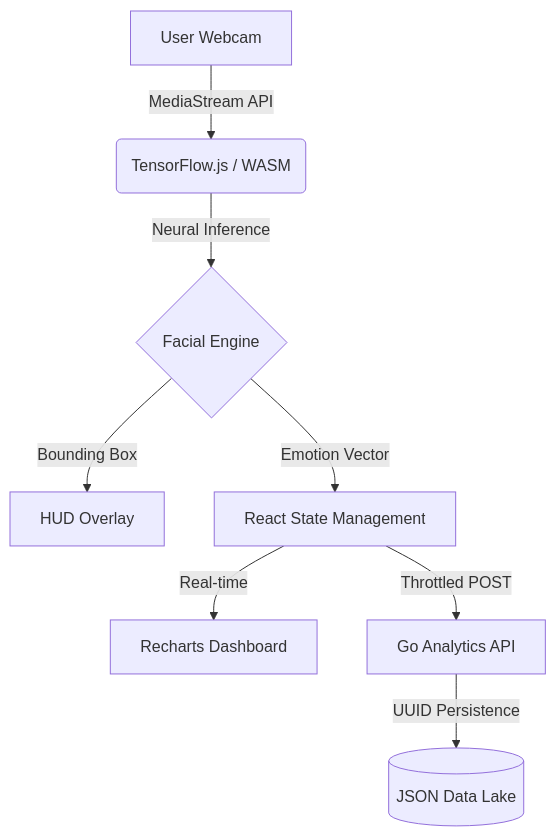
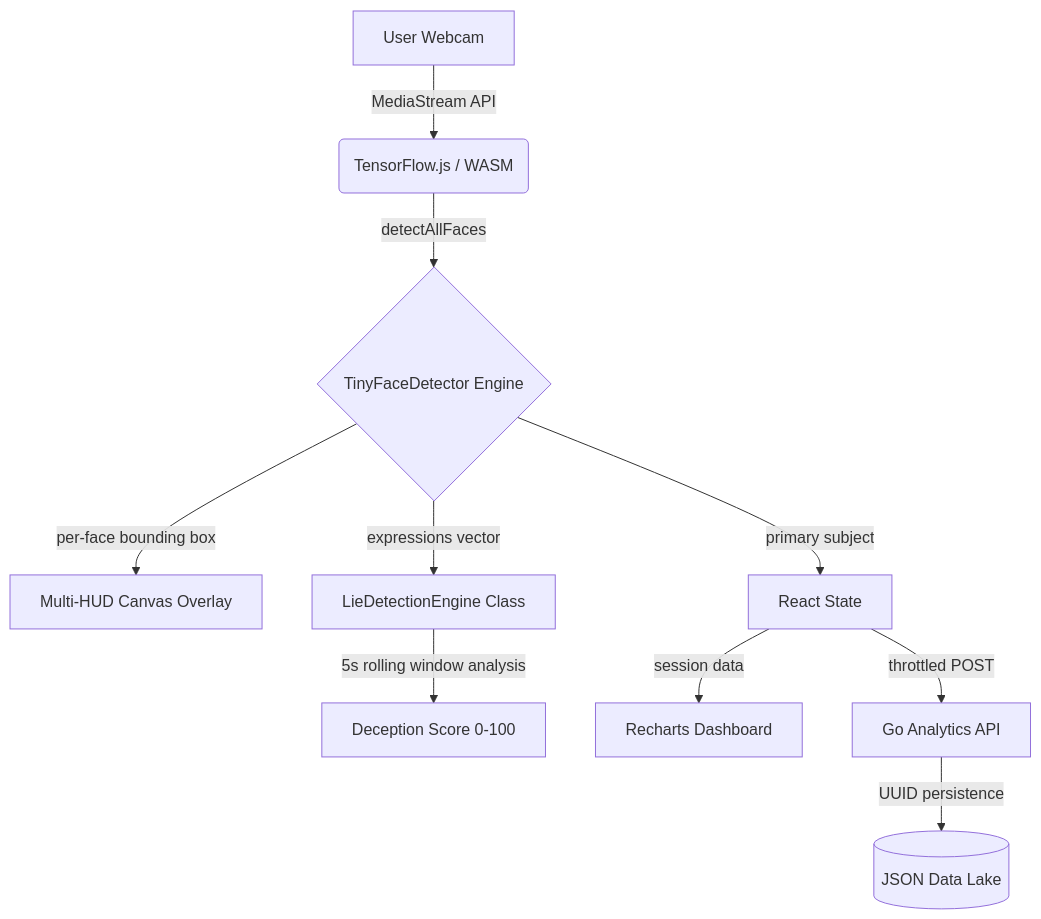
Before and after one commit to krishanth7/facepulse-ai: the diagram in README.md, drawn with Mermaid. The commit also changed other lines of this file and 1 other file, not shown here.

````diff
--- a/README.md
+++ b/README.md
@@ -44,10 +43,12 @@
 ```mermaid
 graph TD
     A[User Webcam] -->|MediaStream API| B(TensorFlow.js / WASM)
-    B -->|Neural Inference| C{Facial Engine}
-    C -->|Bounding Box| D[HUD Overlay]
-    C -->|Emotion Vector| E[React State Management]
-    E -->|Real-time| F[Recharts Dashboard]
-    E -->|Throttled POST| G[Go Analytics API]
-    G -->|UUID Persistence| H[(JSON Data Lake)]
+    B -->|detectAllFaces| C{TinyFaceDetector Engine}
+    C -->|per-face bounding box| D[Multi-HUD Canvas Overlay]
+    C -->|expressions vector| E[LieDetectionEngine Class]
+    C -->|primary subject| F[React State]
+    E -->|5s rolling window analysis| G[Deception Score 0-100]
+    F -->|session data| H[Recharts Dashboard]
+    F -->|throttled POST| I[Go Analytics API]
+    I -->|UUID persistence| J[(JSON Data Lake)]
 ```
````
